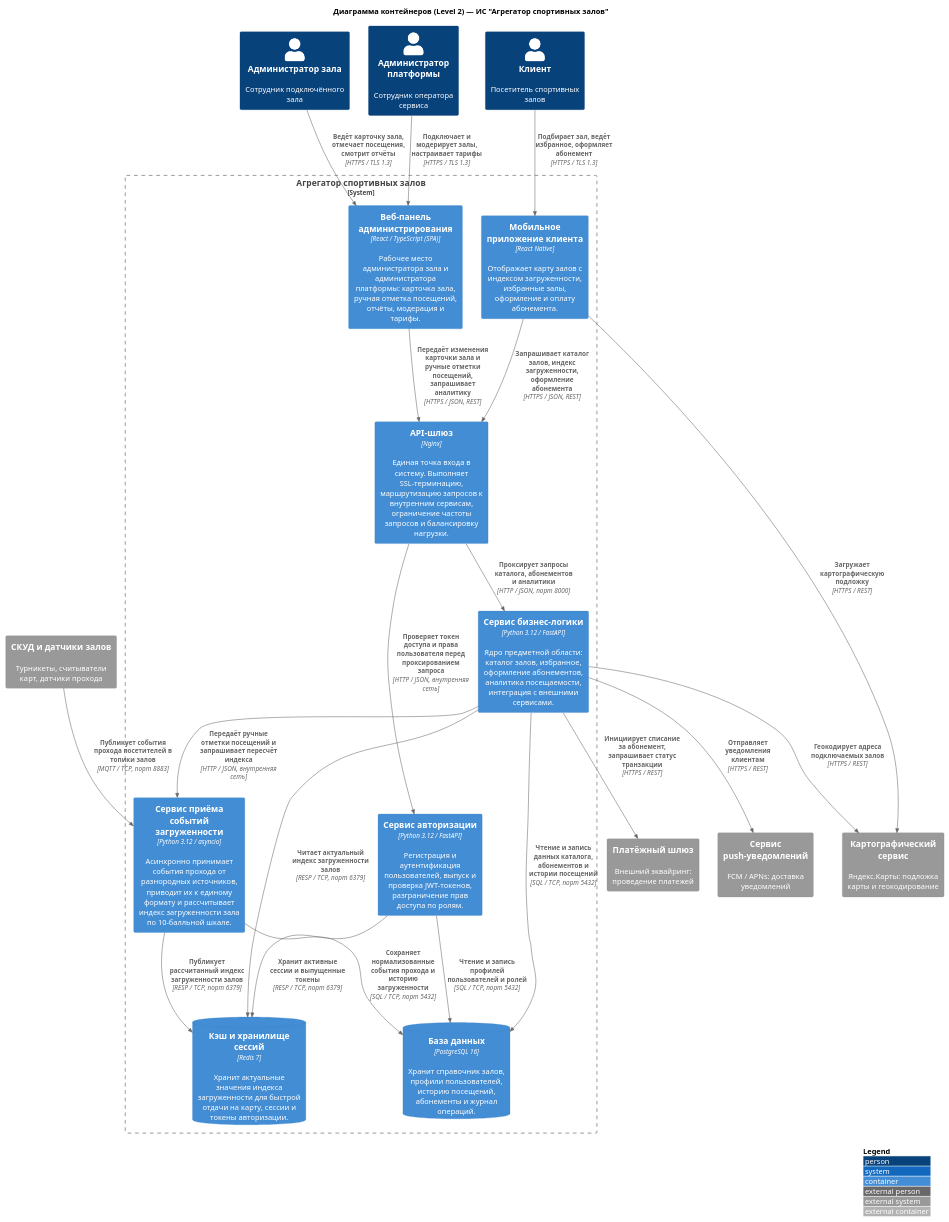
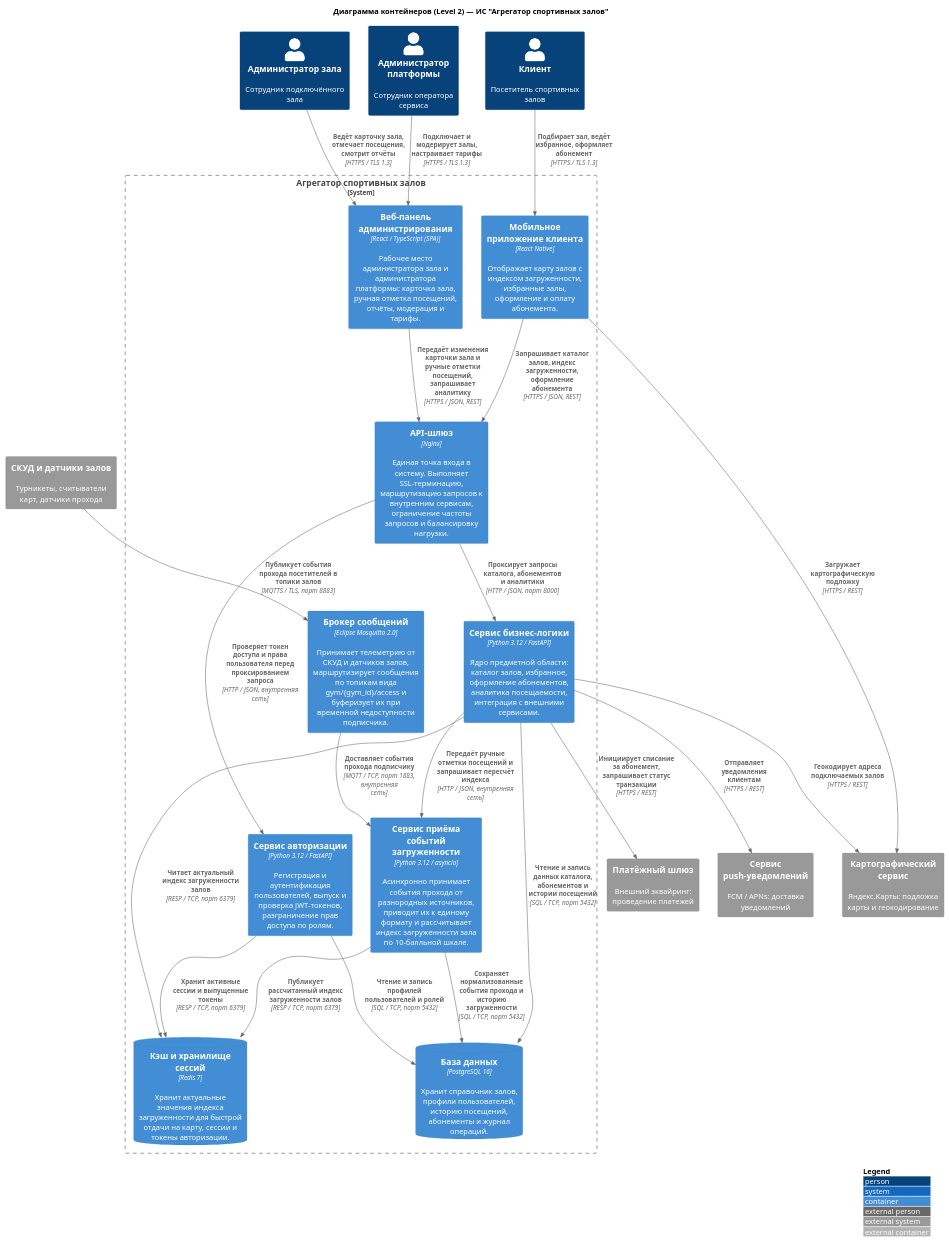
The diagram in src/local/kutenkov/L2_backend.puml (lamtfey11/ISIT-project-gym-aggregator), drawn with PlantUML before and after one commit.

Commit message:
Дополнительный блок логика для корректной обработки протоколов
Added MQTT broker for telemetry and event handling.

```diff
--- a/src/local/kutenkov/L2_backend.puml
+++ b/src/local/kutenkov/L2_backend.puml
@@ -1,52 +1,54 @@
 @startuml L2
 
 !include https://raw.githubusercontent.com/plantuml-stdlib/C4-PlantUML/master/C4_Container.puml
 
 LAYOUT_WITH_LEGEND()
 title Диаграмма контейнеров (Level 2) — ИС "Агрегатор спортивных залов"
 
 ' Актёры
 Person(client, "Клиент", "Посетитель спортивных залов")
 Person(gym_admin, "Администратор зала", "Сотрудник подключённого зала")
 Person(platform_admin, "Администратор платформы", "Сотрудник оператора сервиса")
 
 ' Границы внутренней системы
 System_Boundary(gym_aggregator, "Агрегатор спортивных залов") {
     Container(mobile_app, "Мобильное приложение клиента", "React Native", "Отображает карту залов с индексом загруженности, избранные залы, оформление и оплату абонемента.")
     Container(admin_web, "Веб-панель администрирования", "React / TypeScript (SPA)", "Рабочее место администратора зала и администратора платформы: карточка зала, ручная отметка посещений, отчёты, модерация и тарифы.")
     Container(api_gateway, "API-шлюз", "Nginx", "Единая точка входа в систему. Выполняет SSL-терминацию, маршрутизацию запросов к внутренним сервисам, ограничение частоты запросов и балансировку нагрузки.")
     Container(auth_service, "Сервис авторизации", "Python 3.12 / FastAPI", "Регистрация и аутентификация пользователей, выпуск и проверка JWT-токенов, разграничение прав доступа по ролям.")
+    Container(mqtt_broker, "Брокер сообщений", "Eclipse Mosquitto 2.0", "Принимает телеметрию от СКУД и датчиков залов, маршрутизирует сообщения по топикам вида gym/{gym_id}/access и буферизует их при временной недоступности подписчика.")
     Container(core_api, "Сервис бизнес-логики", "Python 3.12 / FastAPI", "Ядро предметной области: каталог залов, избранное, оформление абонементов, аналитика посещаемости, интеграция с внешними сервисами.")
     Container(occupancy_service, "Сервис приёма событий загруженности", "Python 3.12 / asyncio", "Асинхронно принимает события прохода от разнородных источников, приводит их к единому формату и рассчитывает индекс загруженности зала по 10-балльной шкале.")
     ContainerDb(database, "База данных", "PostgreSQL 16", "Хранит справочник залов, профили пользователей, историю посещений, абонементы и журнал операций.")
     ContainerDb(cache, "Кэш и хранилище сессий", "Redis 7", "Хранит актуальные значения индекса загруженности для быстрой отдачи на карту, сессии и токены авторизации.")
 }
 
 ' Внешние системы
 System_Ext(maps_service, "Картографический сервис", "Яндекс.Карты: подложка карты и геокодирование")
 System_Ext(payment_gateway, "Платёжный шлюз", "Внешний эквайринг: проведение платежей")
 System_Ext(access_control, "СКУД и датчики залов", "Турникеты, считыватели карт, датчики прохода")
 System_Ext(push_service, "Сервис push-уведомлений", "FCM / APNs: доставка уведомлений")
 
 ' Связи
 Rel(client, mobile_app, "Подбирает зал, ведёт избранное, оформляет абонемент", "HTTPS / TLS 1.3")
 Rel(gym_admin, admin_web, "Ведёт карточку зала, отмечает посещения, смотрит отчёты", "HTTPS / TLS 1.3")
 Rel(platform_admin, admin_web, "Подключает и модерирует залы, настраивает тарифы", "HTTPS / TLS 1.3")
 Rel(mobile_app, api_gateway, "Запрашивает каталог залов, индекс загруженности, оформление абонемента", "HTTPS / JSON, REST")
 Rel(admin_web, api_gateway, "Передаёт изменения карточки зала и ручные отметки посещений, запрашивает аналитику", "HTTPS / JSON, REST")
 Rel(api_gateway, auth_service, "Проверяет токен доступа и права пользователя перед проксированием запроса", "HTTP / JSON, внутренняя сеть")
 Rel(api_gateway, core_api, "Проксирует запросы каталога, абонементов и аналитики", "HTTP / JSON, порт 8000")
 Rel(auth_service, database, "Чтение и запись профилей пользователей и ролей", "SQL / TCP, порт 5432")
 Rel(auth_service, cache, "Хранит активные сессии и выпущенные токены", "RESP / TCP, порт 6379")
 Rel(core_api, occupancy_service, "Передаёт ручные отметки посещений и запрашивает пересчёт индекса", "HTTP / JSON, внутренняя сеть")
 Rel(core_api, database, "Чтение и запись данных каталога, абонементов и истории посещений", "SQL / TCP, порт 5432")
 Rel(core_api, cache, "Читает актуальный индекс загруженности залов", "RESP / TCP, порт 6379")
 Rel(occupancy_service, database, "Сохраняет нормализованные события прохода и историю загруженности", "SQL / TCP, порт 5432")
 Rel(occupancy_service, cache, "Публикует рассчитанный индекс загруженности залов", "RESP / TCP, порт 6379")
-Rel(access_control, occupancy_service, "Публикует события прохода посетителей в топики залов", "MQTT / TCP, порт 8883")
+Rel(access_control, mqtt_broker, "Публикует события прохода посетителей в топики залов", "MQTTS / TLS, порт 8883")
+Rel(mqtt_broker, occupancy_service, "Доставляет события прохода подписчику", "MQTT / TCP, порт 1883, внутренняя сеть")
 Rel(mobile_app, maps_service, "Загружает картографическую подложку", "HTTPS / REST")
 Rel(core_api, maps_service, "Геокодирует адреса подключаемых залов", "HTTPS / REST")
 Rel(core_api, payment_gateway, "Инициирует списание за абонемент, запрашивает статус транзакции", "HTTPS / REST")
 Rel(core_api, push_service, "Отправляет уведомления клиентам", "HTTPS / REST")
 
 @enduml
```
